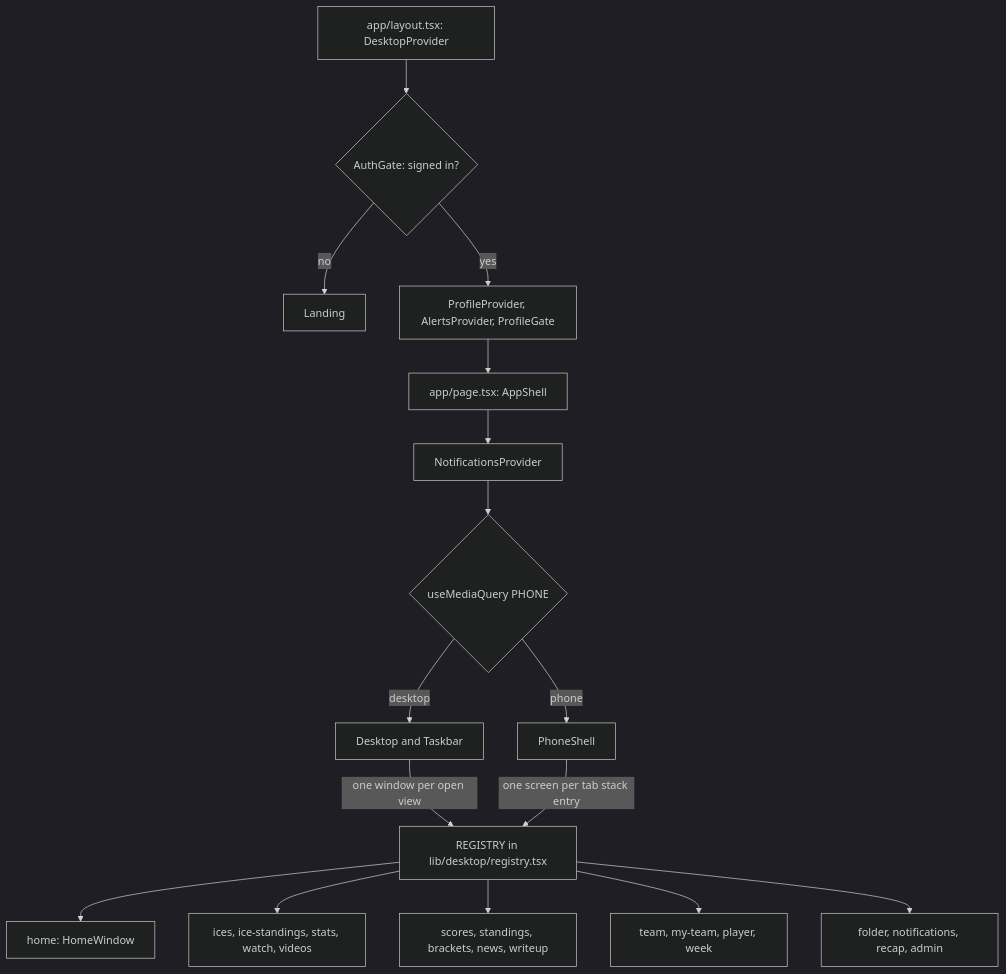
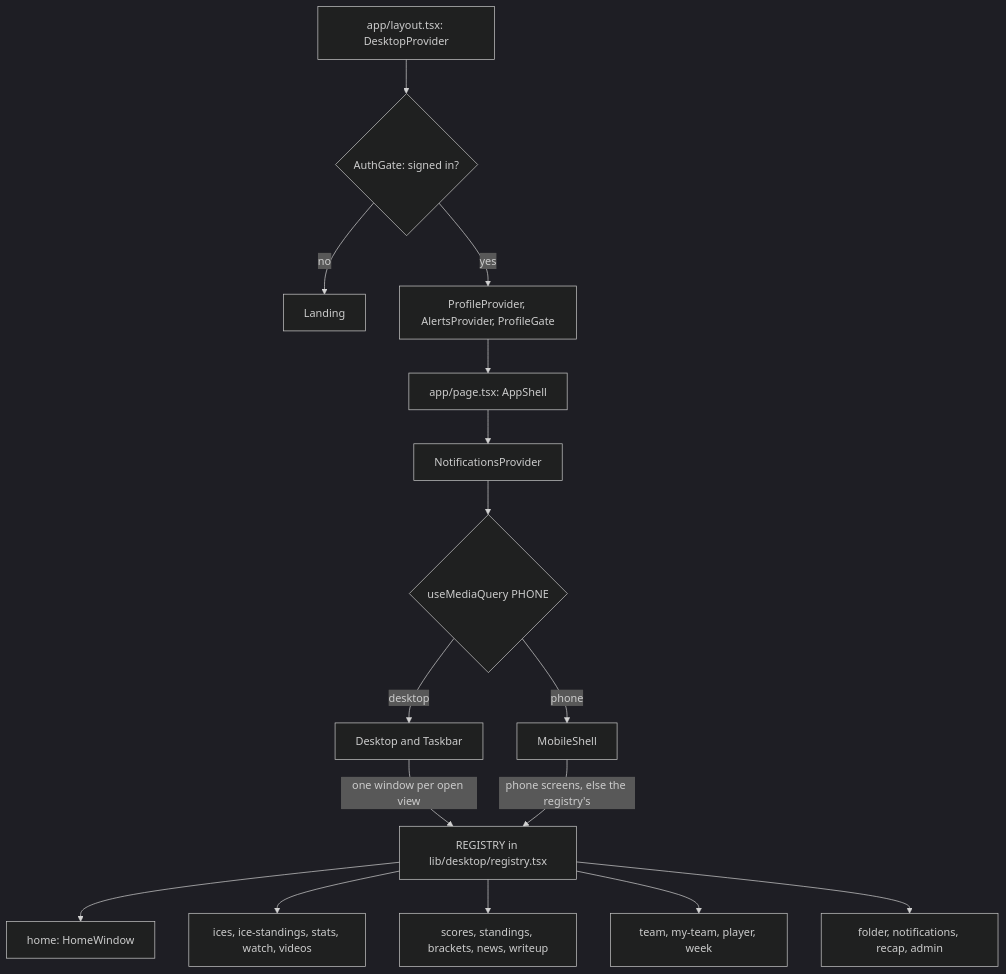
Before and after one commit to Xomware/smirnoff-league: the fourth of 4 diagrams in docs/architecture.md, drawn with Mermaid (dark theme). The commit also changed other lines of this file and 1 other file, not shown here.

First line of the commit message:
#146 document the phone app

````diff
--- a/docs/architecture.md
+++ b/docs/architecture.md
@@ -288,18 +288,18 @@
 ```mermaid
 flowchart TD
   L["app/layout.tsx: DesktopProvider"] --> G{"AuthGate: signed in?"}
   G -->|"no"| LAND["Landing"]
   G -->|"yes"| PP["ProfileProvider, AlertsProvider, ProfileGate"]
   PP --> APP["app/page.tsx: AppShell"]
   APP --> NP["NotificationsProvider"]
   NP --> Q{"useMediaQuery PHONE"}
   Q -->|"desktop"| D["Desktop and Taskbar"]
-  Q -->|"phone"| PH["PhoneShell"]
+  Q -->|"phone"| PH["MobileShell"]
   D -->|"one window per open view"| REG["REGISTRY in lib/desktop/registry.tsx"]
-  PH -->|"one screen per tab stack entry"| REG
+  PH -->|"phone screens, else the registry's"| REG
   REG --> K1["home: HomeWindow"]
   REG --> K2["ices, ice-standings, stats, watch, videos"]
   REG --> K3["scores, standings, brackets, news, writeup"]
   REG --> K4["team, my-team, player, week"]
   REG --> K5["folder, notifications, recap, admin"]
 ```
````
